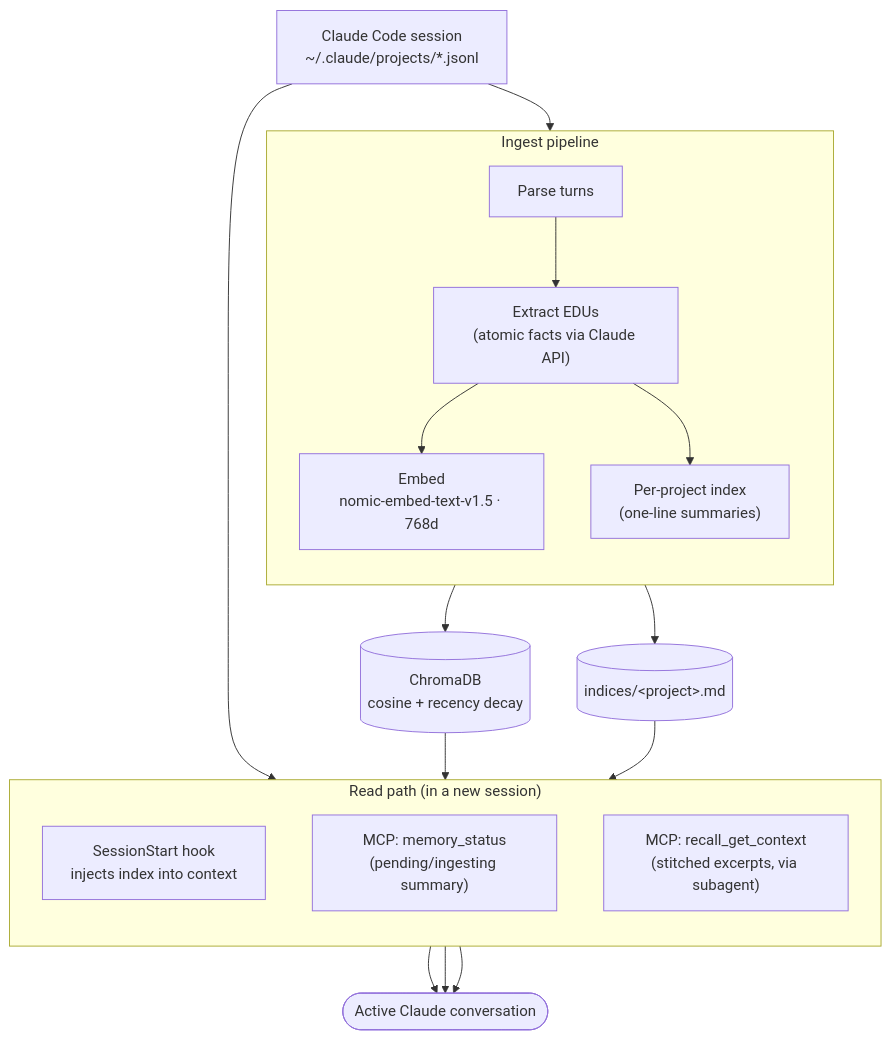
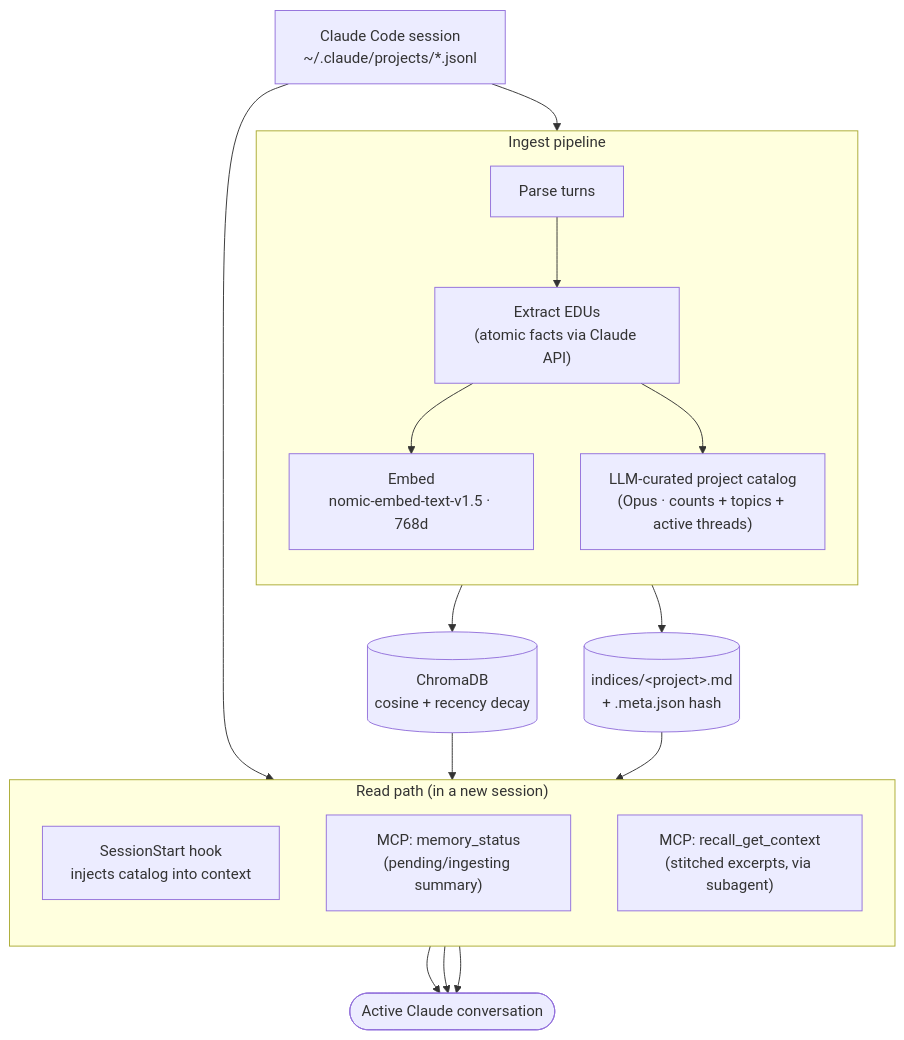
The diagram in README.md (DuaneNielsen/claude-memory), drawn with Mermaid before and after one commit. The commit also changed other lines of this file and 14 other files, not shown here.

First line of the commit message:
feat: LLM-curated SessionStart index (catalog, not digest) — 0.8.0

````diff
--- a/README.md
+++ b/README.md
@@ -9,36 +9,36 @@
 ```mermaid
 flowchart TB
     S["Claude Code session<br/>~/.claude/projects/*.jsonl"]
 
     subgraph WRITE["Ingest pipeline"]
       direction TB
       P["Parse turns"]
       E["Extract EDUs<br/>(atomic facts via Claude API)"]
       EM["Embed<br/>nomic-embed-text-v1.5 · 768d"]
-      IX["Per-project index<br/>(one-line summaries)"]
+      IX["LLM-curated project catalog<br/>(Opus · counts + topics + active threads)"]
       P --> E --> EM
       E --> IX
     end
 
     DB[("ChromaDB<br/>cosine + recency decay")]
-    INDEX[("indices/&lt;project&gt;.md")]
+    INDEX[("indices/&lt;project&gt;.md<br/>+ .meta.json hash")]
 
     subgraph READ["Read path (in a new session)"]
       direction TB
-      H1["SessionStart hook<br/>injects index into context"]
+      H1["SessionStart hook<br/>injects catalog into context"]
       MS["MCP: memory_status<br/>(pending/ingesting summary)"]
       RC["MCP: recall_get_context<br/>(stitched excerpts, via subagent)"]
     end
 
     C(["Active Claude conversation"])
 
     S --> P
     EM --> DB
     IX --> INDEX
     INDEX --> H1
     S --> MS
     DB --> RC
     H1 --> C
     MS --> C
     RC --> C
 ```
````
